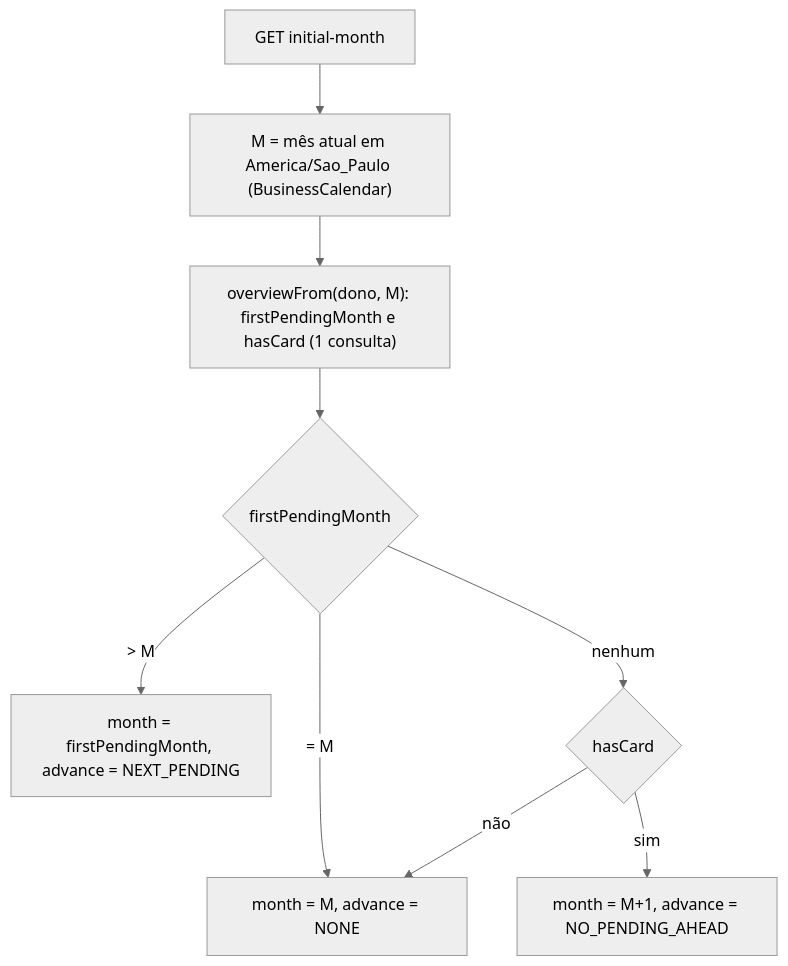
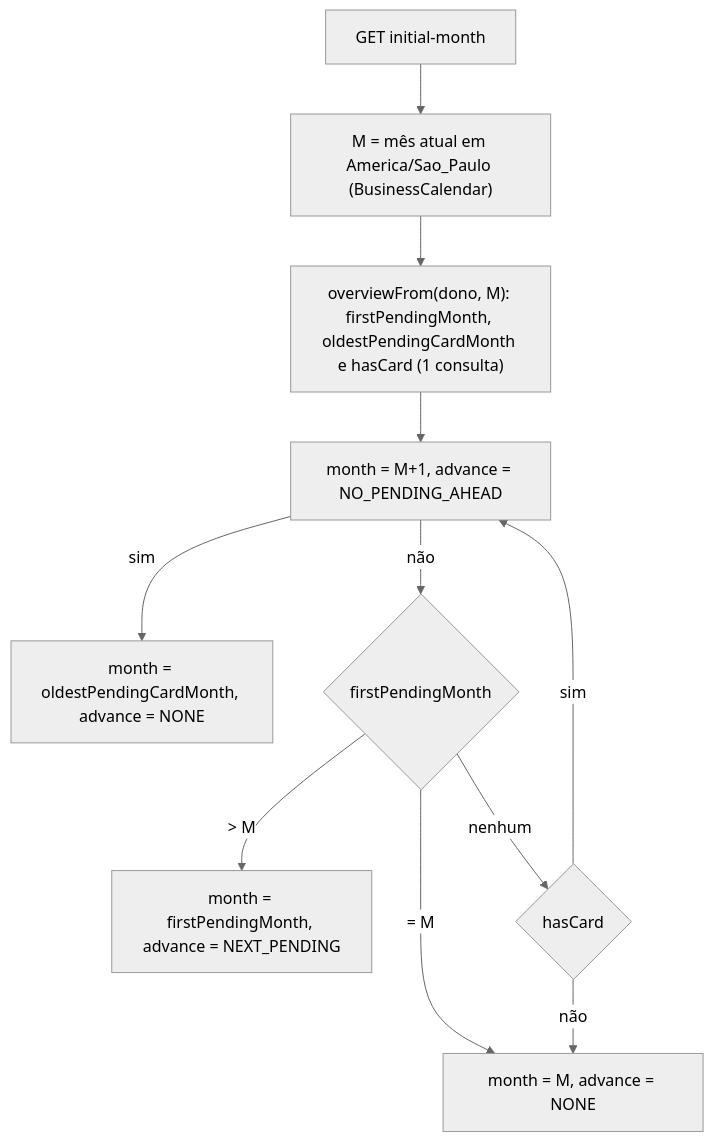
One commit to vaguiiinho/finance-administrarions changed the fourth of 5 diagrams in docs/api/finance.md. Above: the diagram before and after it, drawn with Mermaid (neutral theme). The commit also changed other lines of this file and 38 other files, not shown here.

````diff
--- a/docs/api/finance.md
+++ b/docs/api/finance.md
@@ -480,11 +481,13 @@
 ```mermaid
 flowchart TD
   A[GET initial-month] --> B["M = mês atual em America/Sao_Paulo (BusinessCalendar)"]
-  B --> C["overviewFrom(dono, M): firstPendingMonth e hasCard (1 consulta)"]
-  C --> D{firstPendingMonth}
+  B --> C["overviewFrom(dono, M): firstPendingMonth, oldestPendingCardMonth e hasCard (1 consulta)"]
+  C --> H{oldestPendingCardMonth < M?}
+  H -- sim --> I["month = oldestPendingCardMonth, advance = NONE"]
+  H -- não --> D{firstPendingMonth}
   D -- "= M" --> E["month = M, advance = NONE"]
   D -- "> M" --> F["month = firstPendingMonth, advance = NEXT_PENDING"]
   D -- "nenhum" --> G{hasCard}
   G -- sim --> H["month = M+1, advance = NO_PENDING_AHEAD"]
   G -- não --> E
 ```
````
